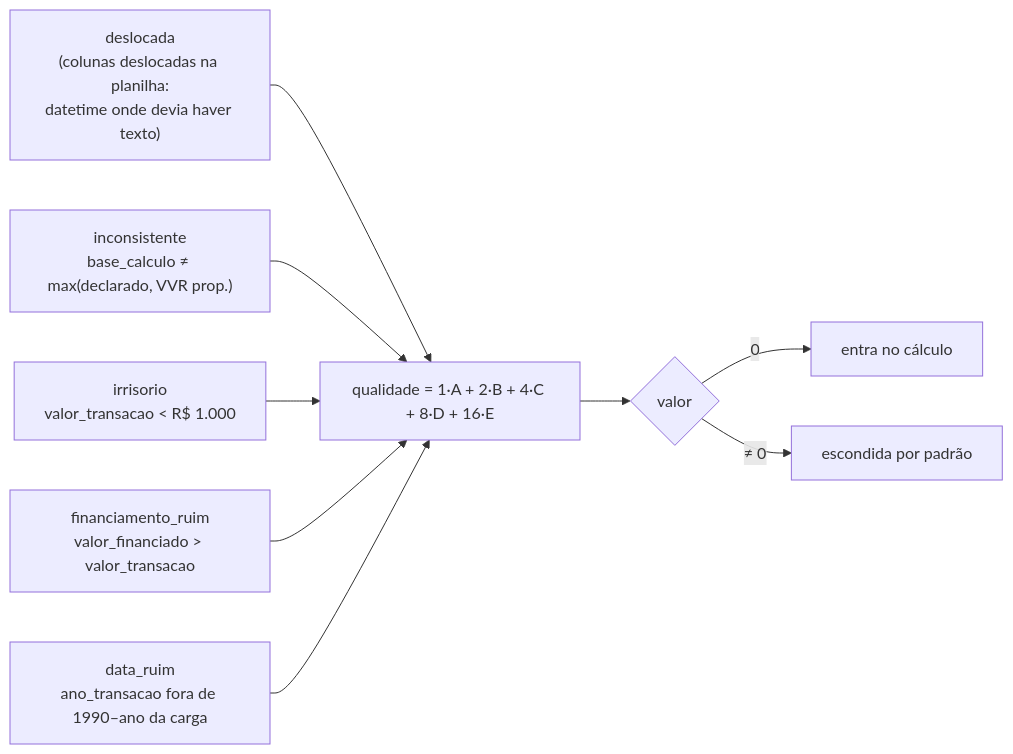
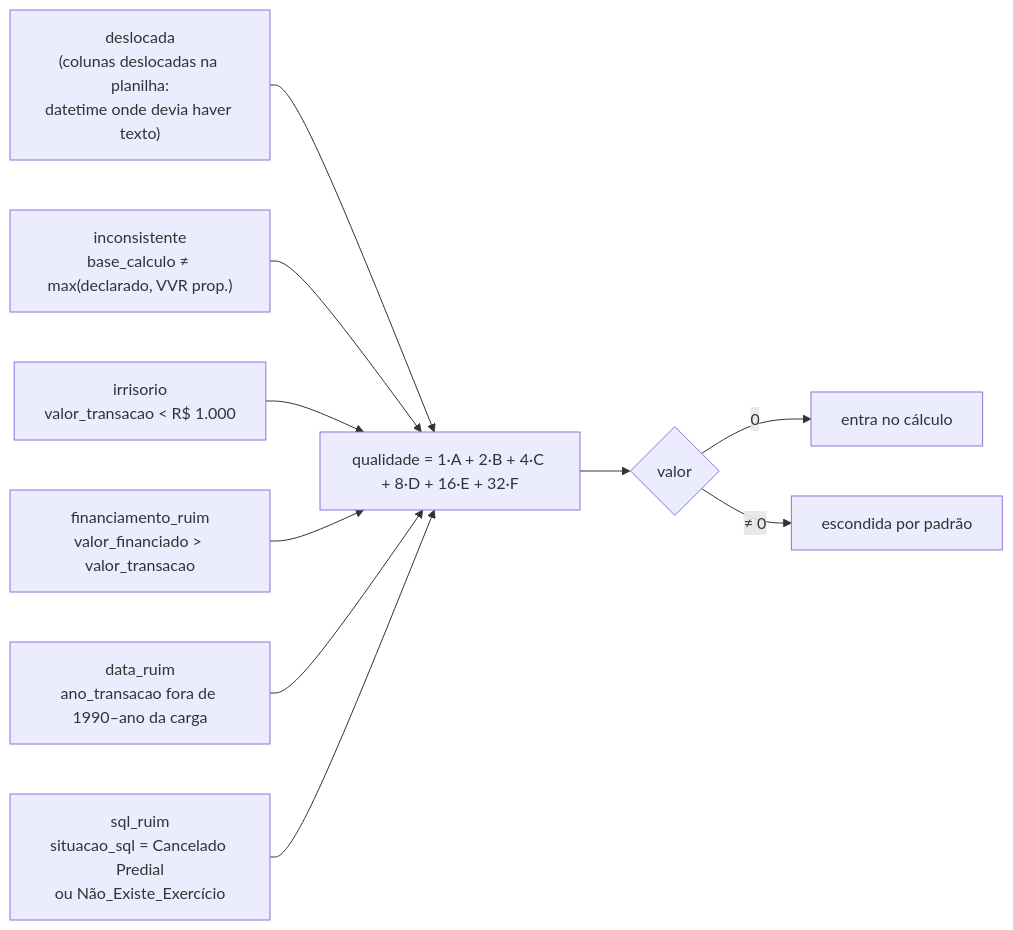
One commit to patrick-univesp/projeto-integrador-2-radarmoradiasp changed the fourth of 6 diagrams in docs/modelo-transacao.md. Above: the diagram before and after it, drawn with Mermaid. The commit also changed other lines of this file and 9 other files, not shown here.

First line of the commit message:
feat(qualidade): Situação do SQL cancelada/inexistente como 6º bit

````diff
--- a/docs/modelo-transacao.md
+++ b/docs/modelo-transacao.md
@@ -184,11 +186,12 @@
 ```mermaid
 flowchart LR
     A["deslocada<br/>(colunas deslocadas na planilha:<br/>datetime onde devia haver texto)"] --> Q
     B["inconsistente<br/>base_calculo ≠ max(declarado, VVR prop.)"] --> Q
     C["irrisorio<br/>valor_transacao < R$ 1.000"] --> Q
     D["financiamento_ruim<br/>valor_financiado > valor_transacao"] --> Q
     E["data_ruim<br/>ano_transacao fora de 1990–ano da carga"] --> Q
-    Q["qualidade = 1·A + 2·B + 4·C + 8·D + 16·E"] --> R{"valor"}
+    F["sql_ruim<br/>situacao_sql = Cancelado Predial<br/>ou Não_Existe_Exercício"] --> Q
+    Q["qualidade = 1·A + 2·B + 4·C + 8·D + 16·E + 32·F"] --> R{"valor"}
     R -- 0 --> OK["entra no cálculo"]
     R -- "≠ 0" --> H["escondida por padrão"]
 ```
````
